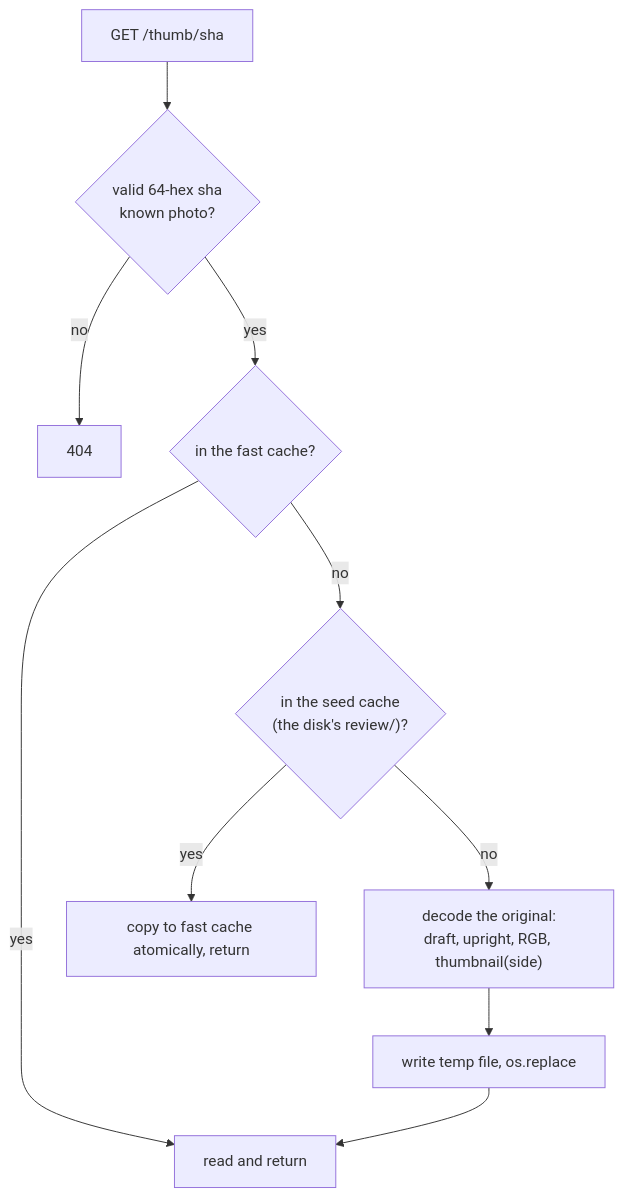
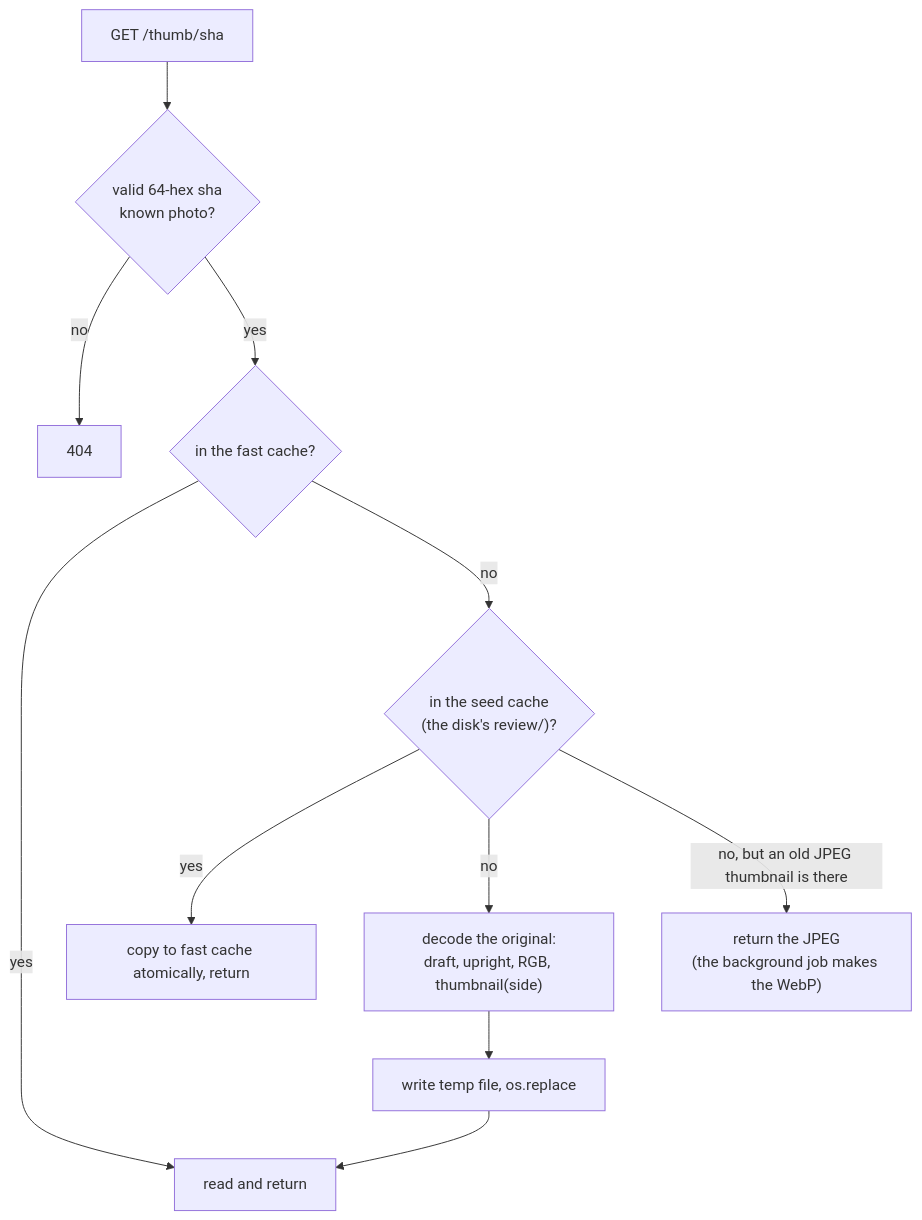
The sixth of 6 diagrams in docs/book/11-server.md (jflam/photo-estate), drawn with Mermaid before and after one commit. The commit also changed other lines of this file and 16 other files, not shown here.

````diff
--- a/docs/book/11-server.md
+++ b/docs/book/11-server.md
@@ -415,12 +431,13 @@
 ```mermaid
 flowchart TD
     REQ["GET /thumb/sha"] --> V{"valid 64-hex sha<br/>known photo?"}
     V -->|no| E404["404"]
     V -->|yes| F{"in the fast cache?"}
     F -->|yes| OUT["read and return"]
     F -->|no| S{"in the seed cache<br/>(the disk's review/)?"}
     S -->|yes| CP["copy to fast cache atomically, return"]
     S -->|no| DEC["decode the original:<br/>draft, upright, RGB, thumbnail(side)"]
+    S -->|"no, but an old JPEG thumbnail is there"| OLD["return the JPEG<br/>(the background job makes the WebP)"]
     DEC --> W["write temp file, os.replace"]
     W --> OUT
 ```
````
